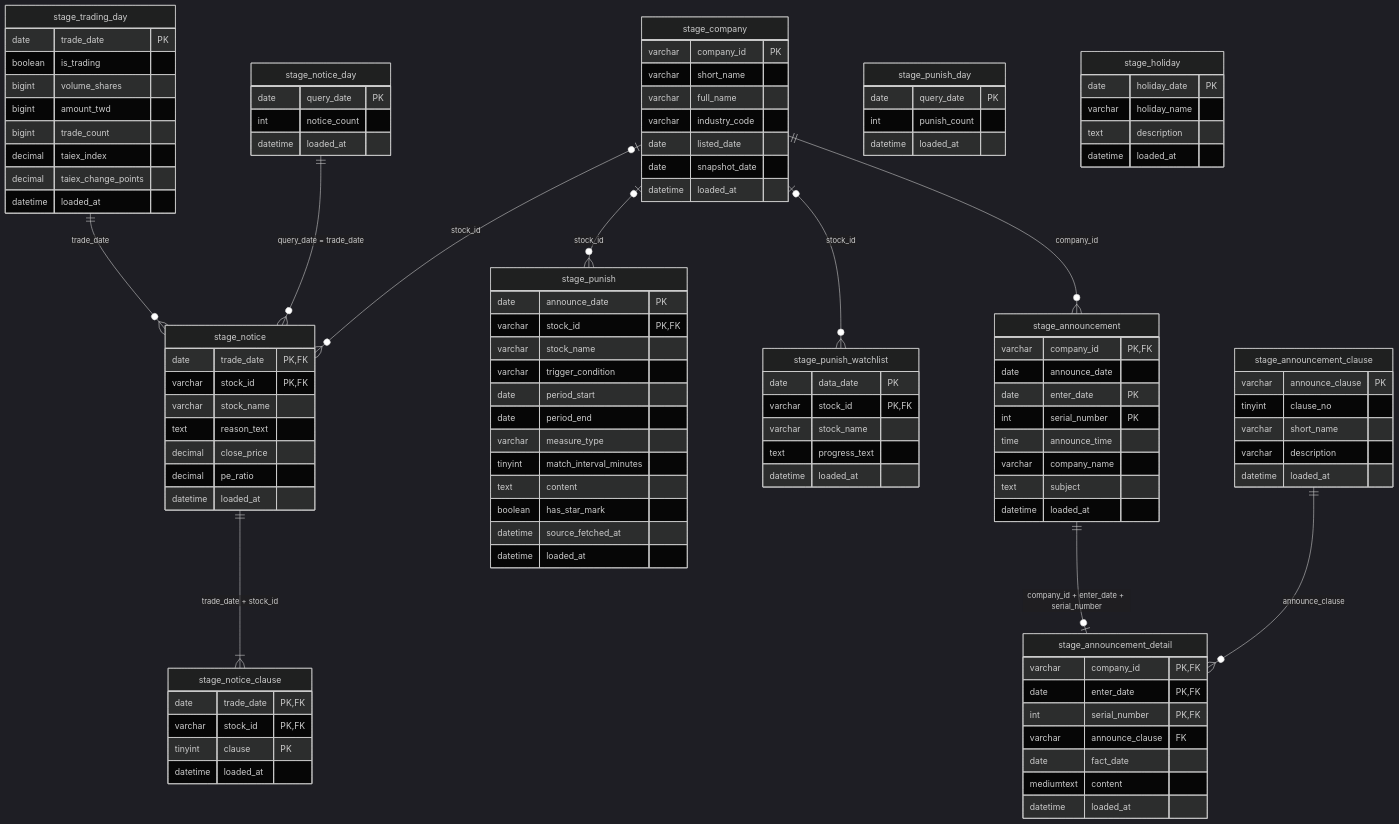
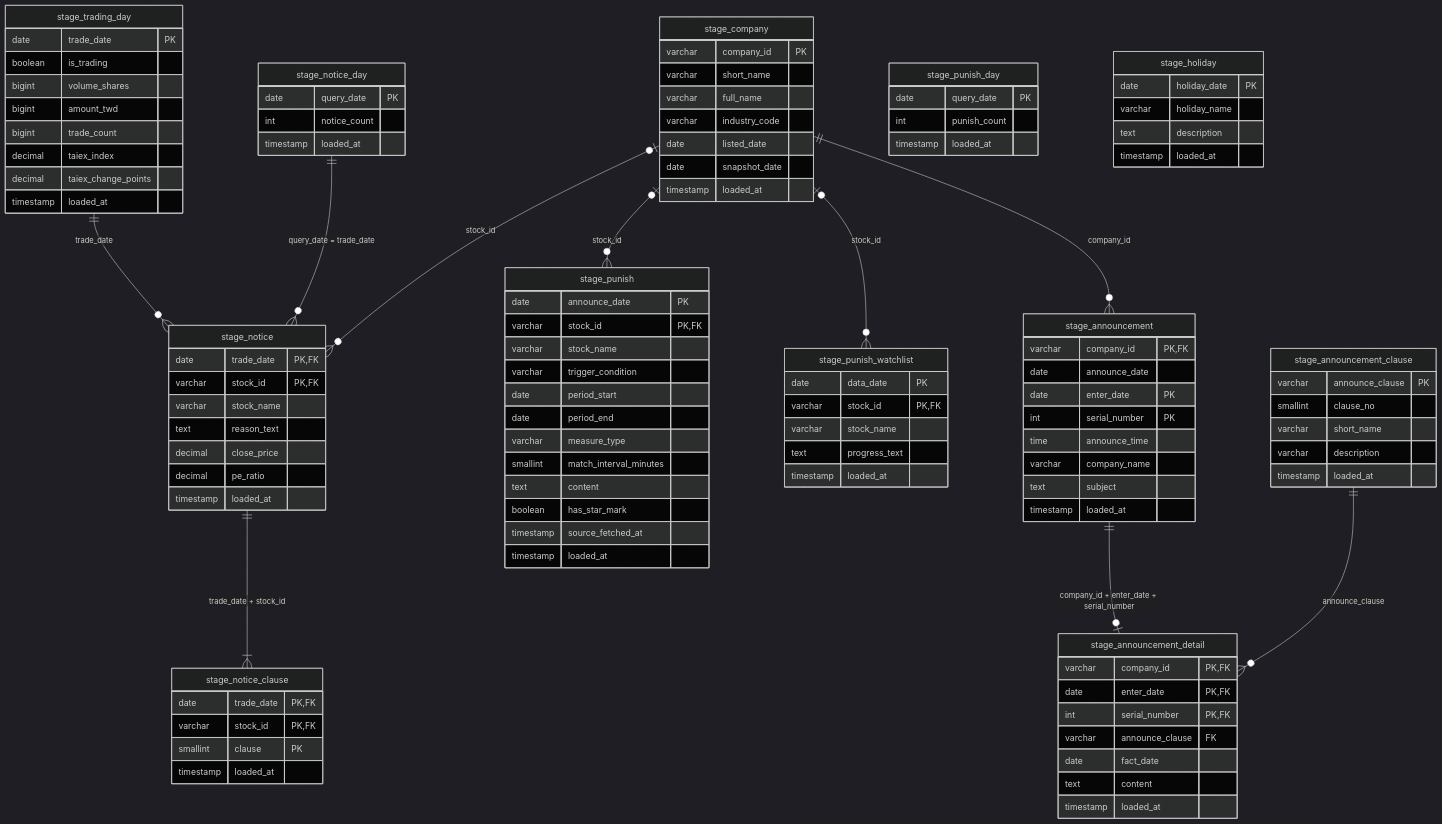
The diagram in docs/tables.md (hannahTai/G2-attention_stock_tracker-tw_stock), drawn with Mermaid (dark theme) before and after one commit. The commit also changed other lines of this file and 6 other files, not shown here.

````diff
--- a/docs/tables.md
+++ b/docs/tables.md
@@ -82,7 +82,7 @@
         varchar industry_code
         date listed_date
         date snapshot_date
-        datetime loaded_at
+        timestamp loaded_at
     }
     stage_notice {
         date trade_date PK, FK
@@ -91,23 +91,23 @@
         text reason_text
         decimal close_price
         decimal pe_ratio
-        datetime loaded_at
+        timestamp loaded_at
     }
     stage_notice_clause {
         date trade_date PK, FK
         varchar stock_id PK, FK
-        tinyint clause PK
-        datetime loaded_at
+        smallint clause PK
+        timestamp loaded_at
     }
     stage_notice_day {
         date query_date PK
         int notice_count
-        datetime loaded_at
+        timestamp loaded_at
     }
     stage_punish_day {
         date query_date PK
         int punish_count
-        datetime loaded_at
+        timestamp loaded_at
     }
     stage_punish {
         date announce_date PK
@@ -117,18 +117,18 @@
         date period_start
         date period_end
         varchar measure_type
-        tinyint match_interval_minutes
+        smallint match_interval_minutes
         text content
         boolean has_star_mark
-        datetime source_fetched_at
-        datetime loaded_at
+        timestamp source_fetched_at
+        timestamp loaded_at
     }
     stage_punish_watchlist {
         date data_date PK
         varchar stock_id PK, FK
         varchar stock_name
         text progress_text
-        datetime loaded_at
+        timestamp loaded_at
     }
     stage_announcement {
         varchar company_id PK, FK
@@ -138,7 +138,7 @@
         time announce_time
         varchar company_name
         text subject
-        datetime loaded_at
+        timestamp loaded_at
     }
     stage_announcement_detail {
         varchar company_id PK, FK
@@ -146,15 +146,15 @@
         int serial_number PK, FK
         varchar announce_clause FK
         date fact_date
-        mediumtext content
-        datetime loaded_at
+        text content
+        timestamp loaded_at
     }
     stage_announcement_clause {
         varchar announce_clause PK
-        tinyint clause_no
+        smallint clause_no
         varchar short_name
         varchar description
-        datetime loaded_at
+        timestamp loaded_at
     }
     stage_trading_day {
         date trade_date PK
@@ -164,12 +164,12 @@
         bigint trade_count
         decimal taiex_index
         decimal taiex_change_points
-        datetime loaded_at
+        timestamp loaded_at
     }
     stage_holiday {
         date holiday_date PK
         varchar holiday_name
         text description
-        datetime loaded_at
+        timestamp loaded_at
     }
 ```
````
